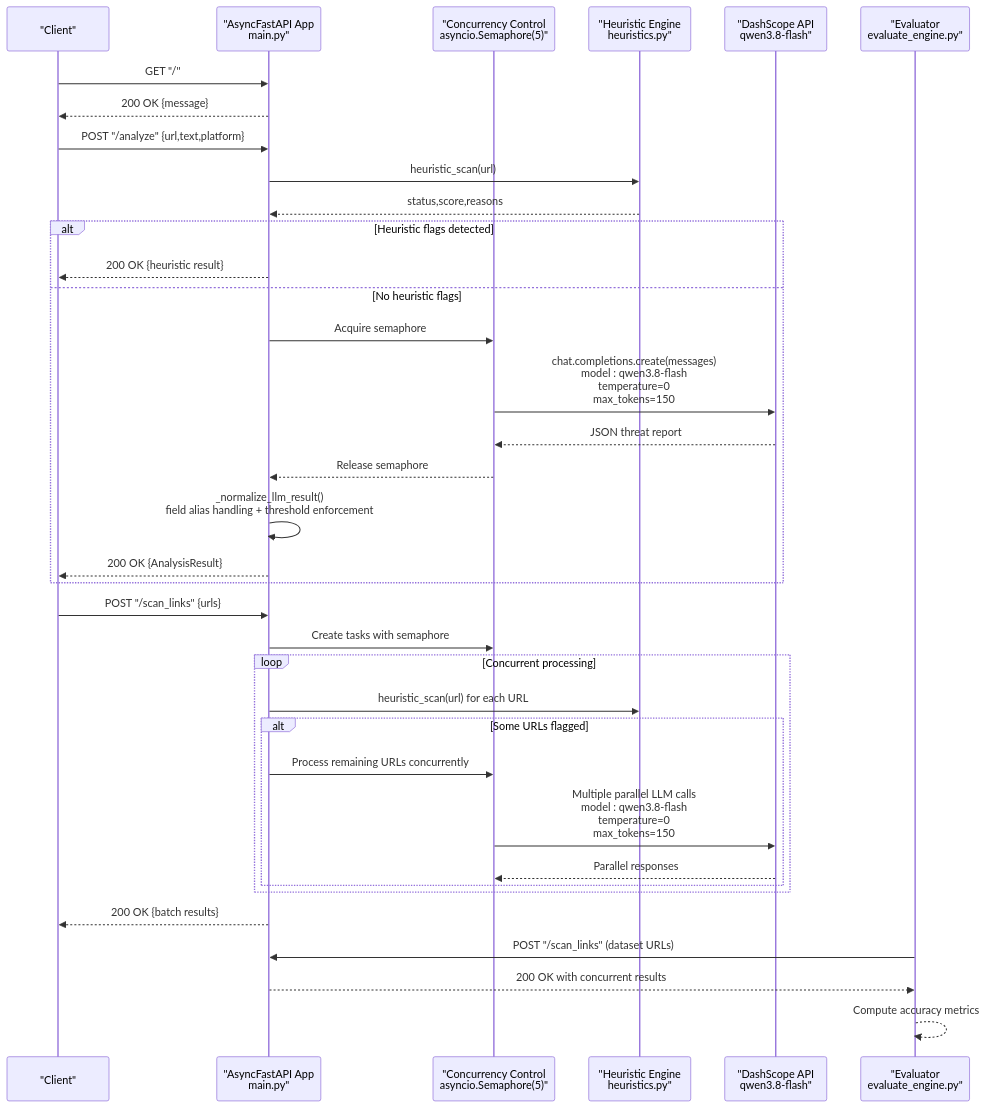
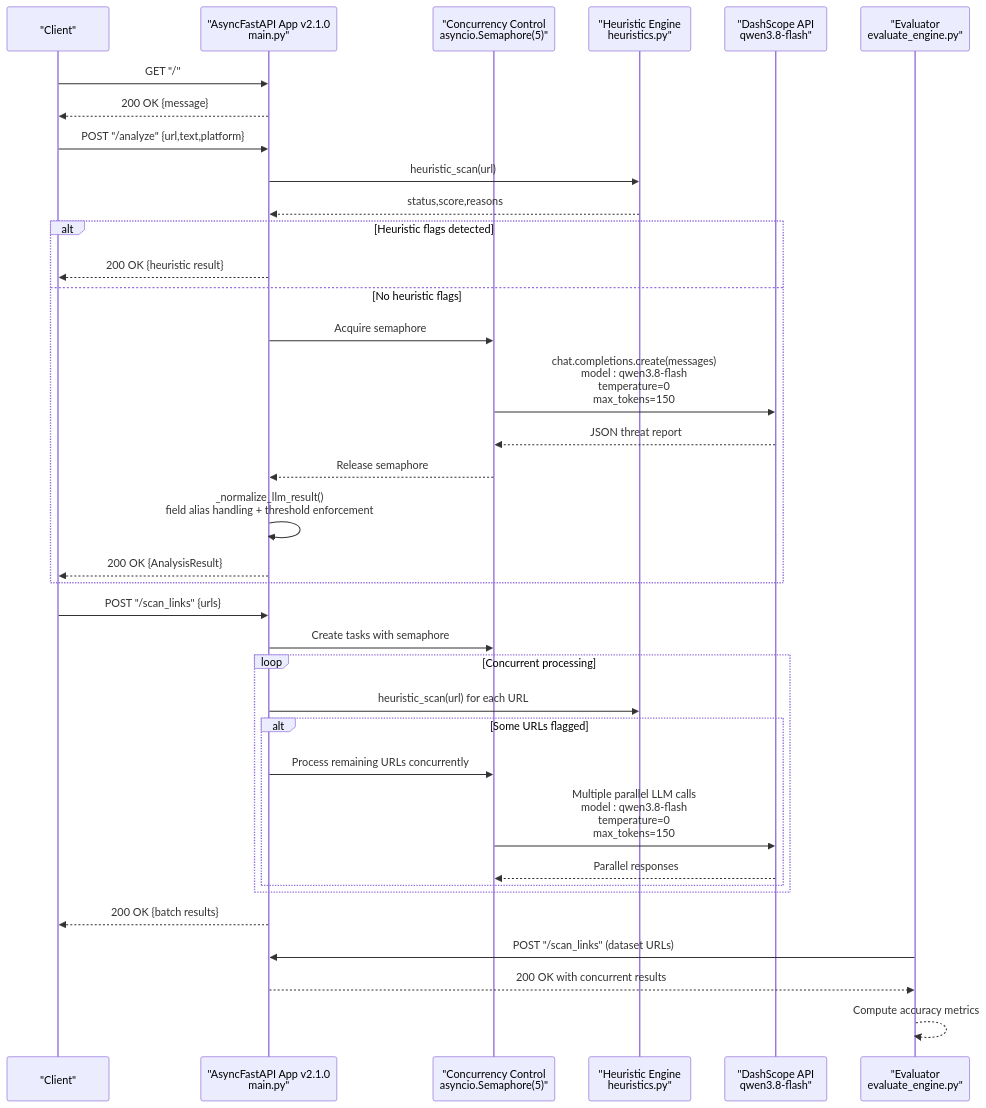
The second of 5 diagrams in .qoder/repowiki/en/content/Backend API Documentation.md (Aymanaahh/scrollguard-ai), drawn with Mermaid before and after one commit. The commit also changed other lines of this file and 28 other files, not shown here.

````diff
--- a/.qoder/repowiki/en/content/Backend API Documentation.md
+++ b/.qoder/repowiki/en/content/Backend API Documentation.md
@@ -138,38 +132,38 @@
 ```mermaid
 sequenceDiagram
 participant Client as "Client"
-participant FastAPI as "AsyncFastAPI App<br/>main.py"
+participant FastAPI as "AsyncFastAPI App v2.1.0<br/>main.py"
 participant Semaphore as "Concurrency Control<br/>asyncio.Semaphore(5)"
 participant Heuristics as "Heuristic Engine<br/>heuristics.py"
 participant LLM as "DashScope API<br/>qwen3.8-flash"
 participant Eval as "Evaluator<br/>evaluate_engine.py"
 Client->>FastAPI : GET "/"
 FastAPI-->>Client : 200 OK {message}
 Client->>FastAPI : POST "/analyze" {url,text,platform}
 FastAPI->>Heuristics : heuristic_scan(url)
 Heuristics-->>FastAPI : status,score,reasons
 alt Heuristic flags detected
 FastAPI-->>Client : 200 OK {heuristic result}
 else No heuristic flags
 FastAPI->>Semaphore : Acquire semaphore
 Semaphore->>LLM : chat.completions.create(messages)<br/>model : qwen3.8-flash<br/>temperature=0<br/>max_tokens=150
 LLM-->>Semaphore : JSON threat report
 Semaphore-->>FastAPI : Release semaphore
 FastAPI->>FastAPI : _normalize_llm_result()<br/>field alias handling + threshold enforcement
 FastAPI-->>Client : 200 OK {AnalysisResult}
 end
 Client->>FastAPI : POST "/scan_links" {urls}
 FastAPI->>Semaphore : Create tasks with semaphore
 loop Concurrent processing
 FastAPI->>Heuristics : heuristic_scan(url) for each URL
 alt Some URLs flagged
 FastAPI->>Semaphore : Process remaining URLs concurrently
 Semaphore->>LLM : Multiple parallel LLM calls<br/>model : qwen3.8-flash<br/>temperature=0<br/>max_tokens=150
 LLM-->>Semaphore : Parallel responses
 end
 end
 FastAPI-->>Client : 200 OK {batch results}
 Eval->>FastAPI : POST "/scan_links" (dataset URLs)
 FastAPI-->>Eval : 200 OK with concurrent results
 Eval-->>Eval : Compute accuracy metrics
 ```
````
